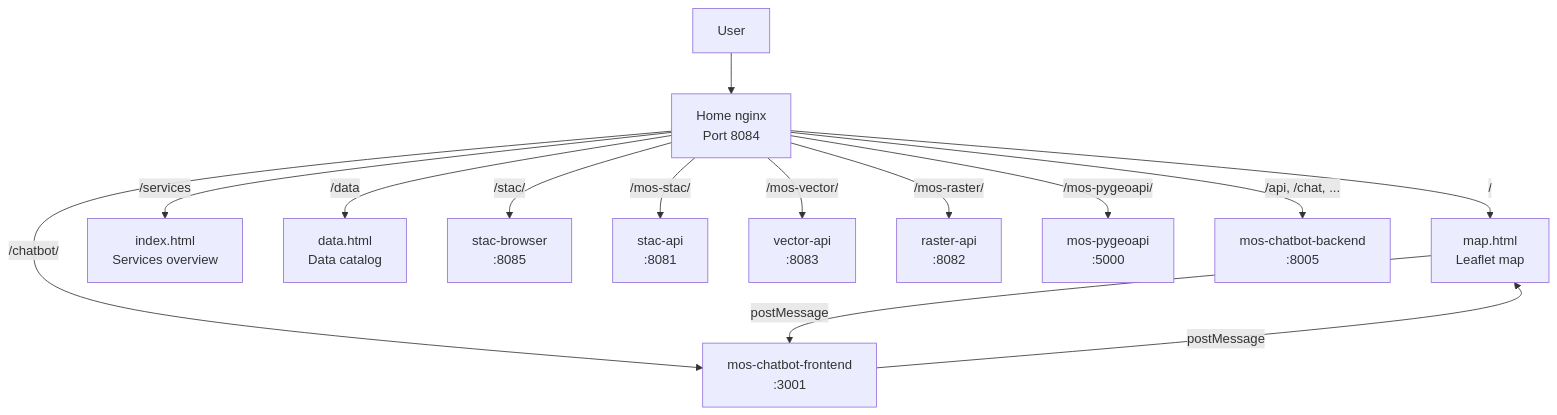
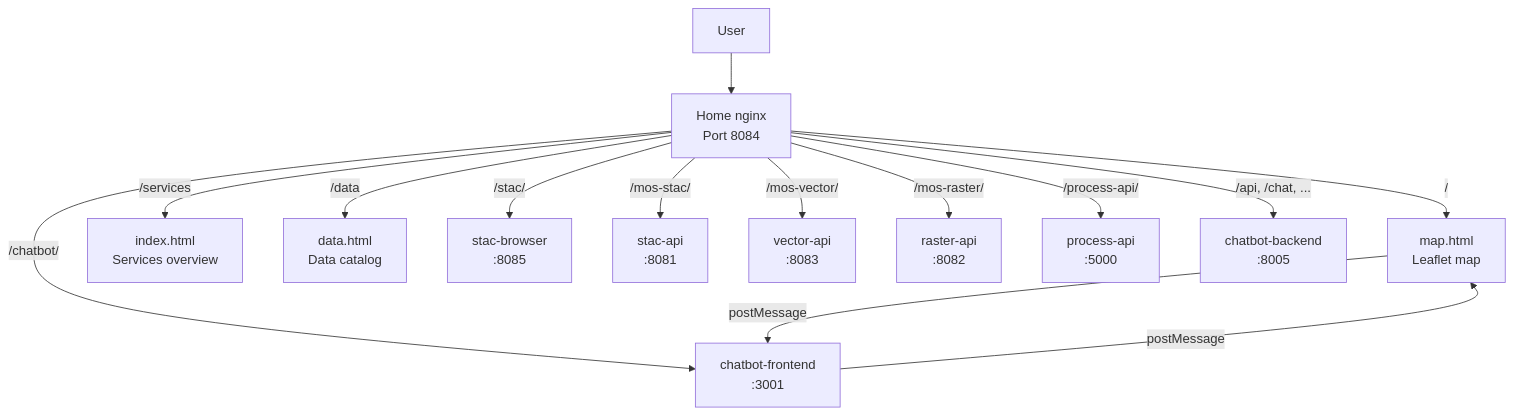
Before and after one commit to jeremie-durand/Agri-SDSS: the diagram in frontend/home/README.md, drawn with Mermaid. The commit also changed other lines of this file and 132 other files, not shown here.

Commit message:
refacto: remove legacy "mos" prefix from chatbot and process-api services

````diff
--- a/frontend/home/README.md
+++ b/frontend/home/README.md
@@ -26,19 +26,19 @@
 ```mermaid
 graph TD
     User --> Home[Home nginx<br/>Port 8084]
 
     Home -->|/| Map[map.html<br/>Leaflet map]
     Home -->|/services| Services[index.html<br/>Services overview]
     Home -->|/data| Data[data.html<br/>Data catalog]
     Home -->|/stac/| STAC[stac-browser<br/>:8085]
-    Home -->|/chatbot/| Chatbot[mos-chatbot-frontend<br/>:3001]
+    Home -->|/chatbot/| Chatbot[chatbot-frontend<br/>:3001]
 
     Home -->|/mos-stac/| StacAPI[stac-api<br/>:8081]
     Home -->|/mos-vector/| VectorAPI[vector-api<br/>:8083]
     Home -->|/mos-raster/| RasterAPI[raster-api<br/>:8082]
-    Home -->|/mos-pygeoapi/| PyGeoAPI[mos-pygeoapi<br/>:5000]
-    Home -->|/api, /chat, ...| ChatbotAPI[mos-chatbot-backend<br/>:8005]
+    Home -->|/process-api/| PyGeoAPI[process-api<br/>:5000]
+    Home -->|/api, /chat, ...| ChatbotAPI[chatbot-backend<br/>:8005]
 
     Map -->|postMessage| Chatbot
     Chatbot -->|postMessage| Map
 ```
````
